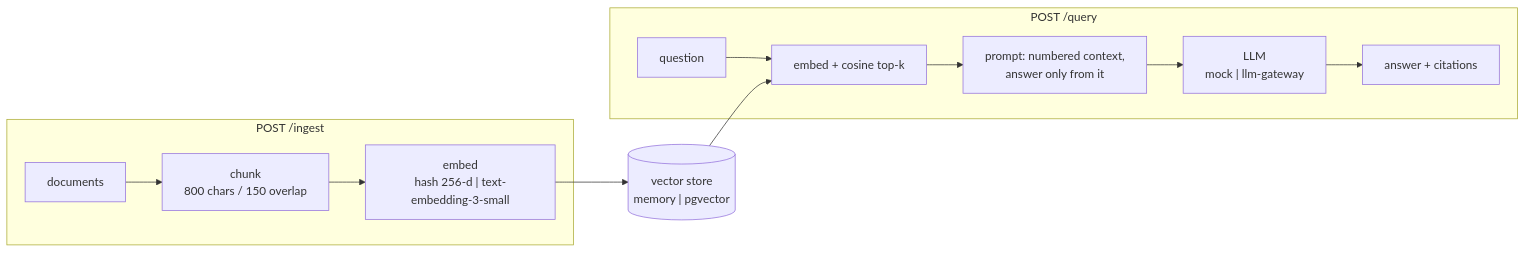
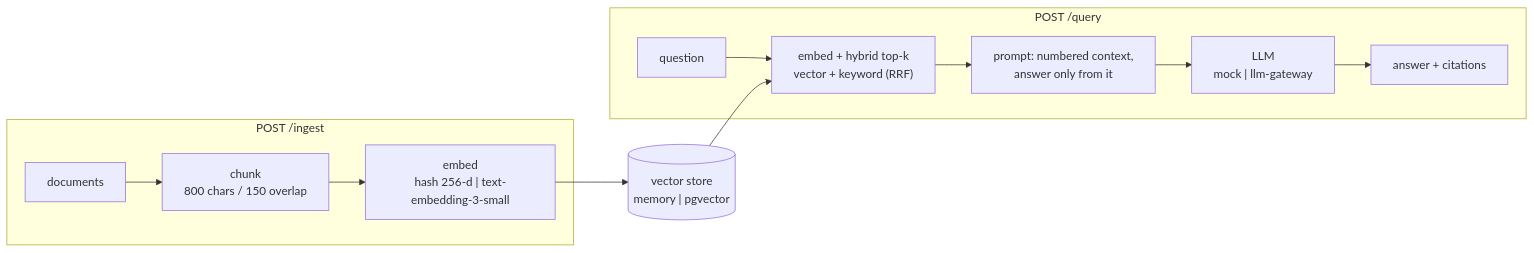
The diagram in README.md (INTERpol21/rag-pgvector), drawn with Mermaid before and after one commit. The commit also changed other lines of this file, not shown here.

First line of the commit message:
docs: document bearer auth and hybrid search default in README

````diff
--- a/README.md
+++ b/README.md
@@ -17,10 +17,10 @@
 ```mermaid
 flowchart LR
     subgraph ingest["POST /ingest"]
         A["documents"] --> B["chunk<br/>800 chars / 150 overlap"] --> C["embed<br/>hash 256-d | text-embedding-3-small"]
     end
     subgraph query["POST /query"]
-        Q["question"] --> S["embed + cosine top-k"] --> P["prompt: numbered context,<br/>answer only from it"] --> L["LLM<br/>mock | llm-gateway"] --> R["answer + citations"]
+        Q["question"] --> S["embed + hybrid top-k<br/>vector + keyword (RRF)"] --> P["prompt: numbered context,<br/>answer only from it"] --> L["LLM<br/>mock | llm-gateway"] --> R["answer + citations"]
     end
     C --> V[("vector store<br/>memory | pgvector")] --> S
 ```
````
